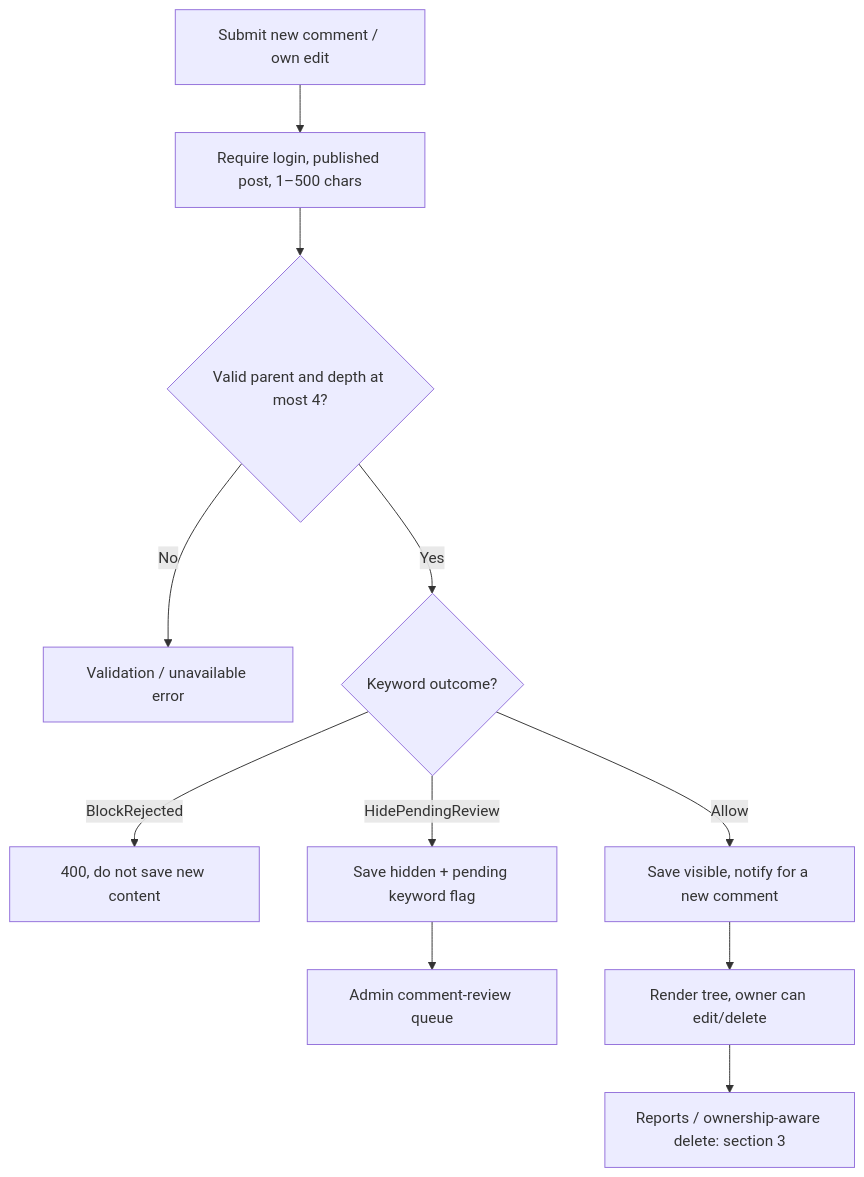
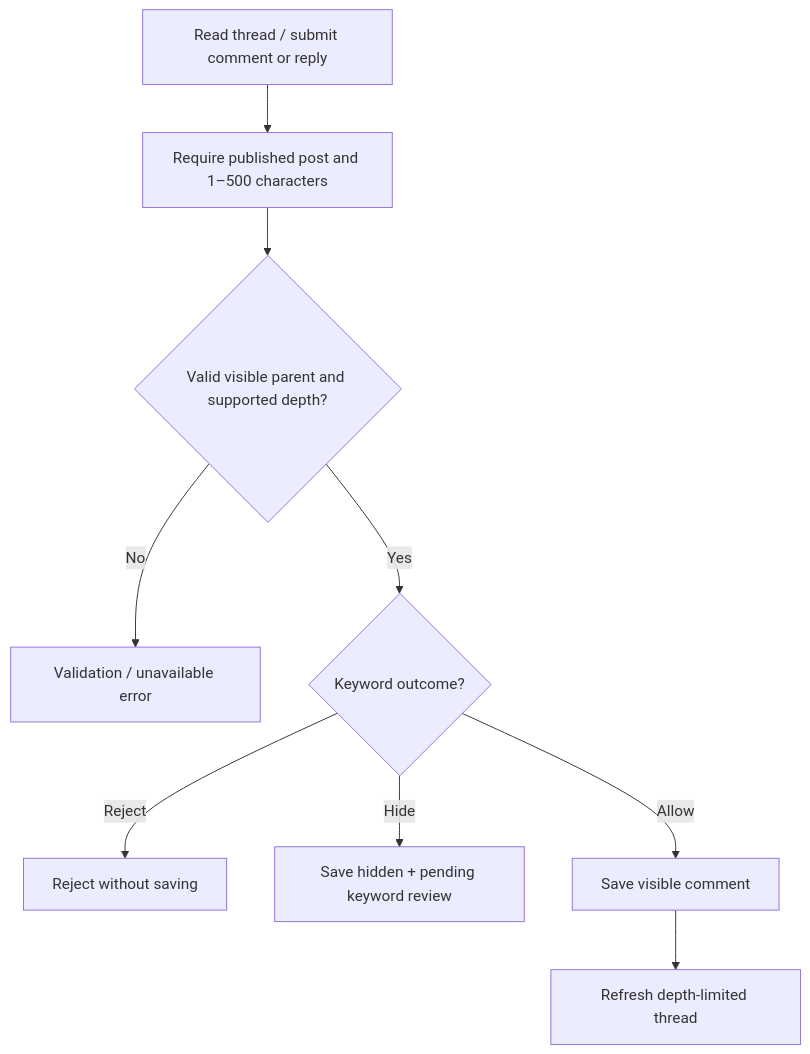
Diagram 18 of 53 in Design.MD (NguyenQuocTrong-bonmat/frontend-VeganHelperSystem), drawn with Mermaid before and after one commit. The commit also changed other lines of this file, not shown here.

````diff
--- a/Design.MD
+++ b/Design.MD
@@ -756,13 +746,11 @@
 ```mermaid
 flowchart TD
-    A["Submit new comment / own edit"] --> B["Require login, published post, 1–500 chars"]
-    B --> C{"Valid parent and depth at most 4?"}
+    A["Read thread / submit comment or reply"] --> B["Require published post and 1–500 characters"]
+    B --> C{"Valid visible parent and supported depth?"}
     C -->|No| D["Validation / unavailable error"]
     C -->|Yes| E{"Keyword outcome?"}
-    E -->|BlockRejected| F["400, do not save new content"]
-    E -->|HidePendingReview| G["Save hidden + pending keyword flag"]
-    E -->|Allow| H["Save visible, notify for a new comment"]
-    G --> I["Admin comment-review queue"]
-    H --> J["Render tree, owner can edit/delete"]
-    J --> K["Reports / ownership-aware delete: section 3"]
+    E -->|Reject| F["Reject without saving"]
+    E -->|Hide| G["Save hidden + pending keyword review"]
+    E -->|Allow| H["Save visible comment"]
+    H --> I["Refresh depth-limited thread"]
 ```
````
